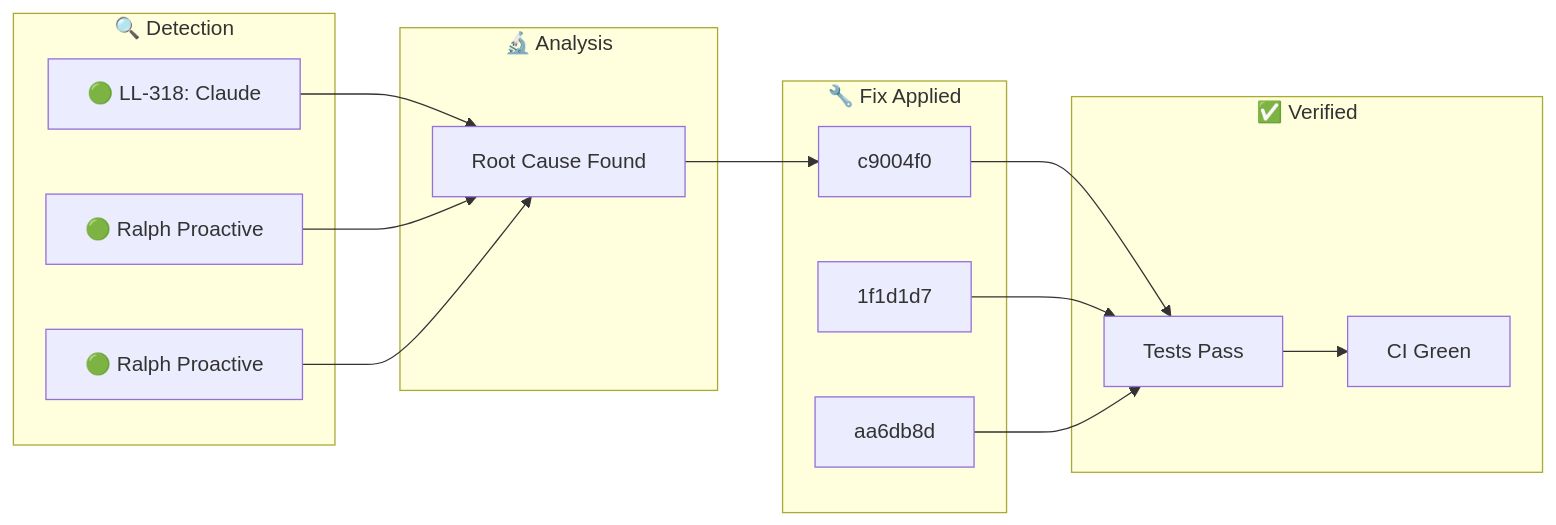
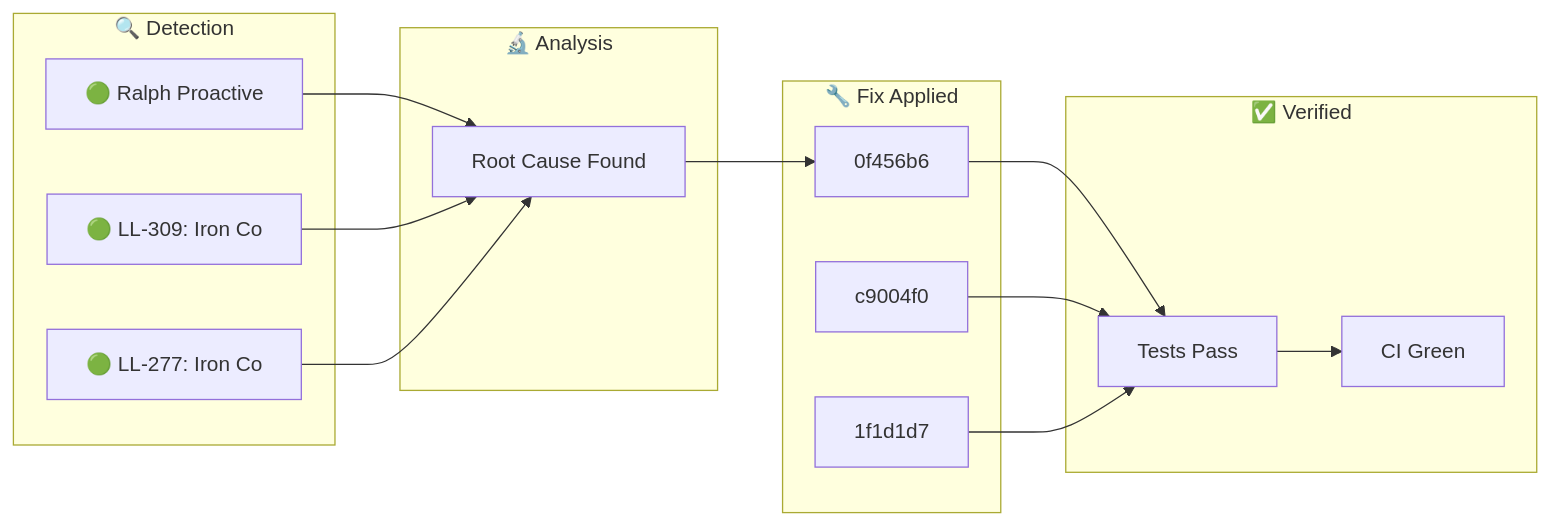
One commit to YoByron/trading changed the diagram in docs/_posts/2026-01-30-ralph-discovery.md. Above: the diagram before and after it, drawn with Mermaid. The commit also changed other lines of this file, not shown here.

Commit message:
docs(ralph): Auto-publish discovery blog post

````diff
--- a/docs/_posts/2026-01-30-ralph-discovery.md
+++ b/docs/_posts/2026-01-30-ralph-discovery.md
@@ -17,28 +17,28 @@
 ```mermaid
 flowchart LR
     subgraph Detection["🔍 Detection"]
-        D1["🟢 LL-318: Claude "]
-        D2["🟢 Ralph Proactive"]
-        D3["🟢 Ralph Proactive"]
+        D1["🟢 Ralph Proactive"]
+        D2["🟢 LL-309: Iron Co"]
+        D3["🟢 LL-277: Iron Co"]
     end
     subgraph Analysis["🔬 Analysis"]
         A1["Root Cause Found"]
     end
     subgraph Fix["🔧 Fix Applied"]
-        F1["c9004f0"]
-        F2["1f1d1d7"]
-        F3["aa6db8d"]
+        F1["0f456b6"]
+        F2["c9004f0"]
+        F3["1f1d1d7"]
     end
     subgraph Verify["✅ Verified"]
         V1["Tests Pass"]
         V2["CI Green"]
     end
     D1 --> A1
     D2 --> A1
     D3 --> A1
     A1 --> F1
     F1 --> V1
     F2 --> V1
     F3 --> V1
     V1 --> V2
 ```
````
